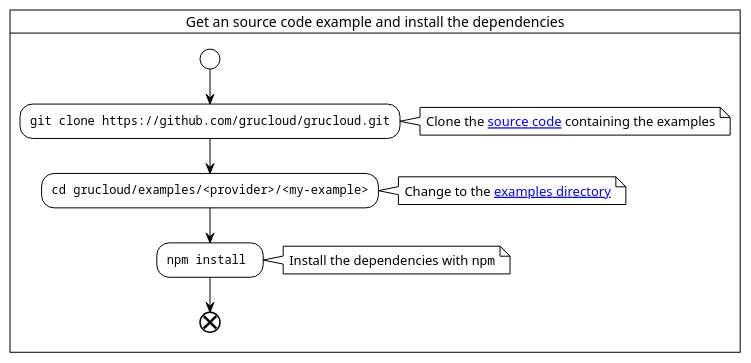
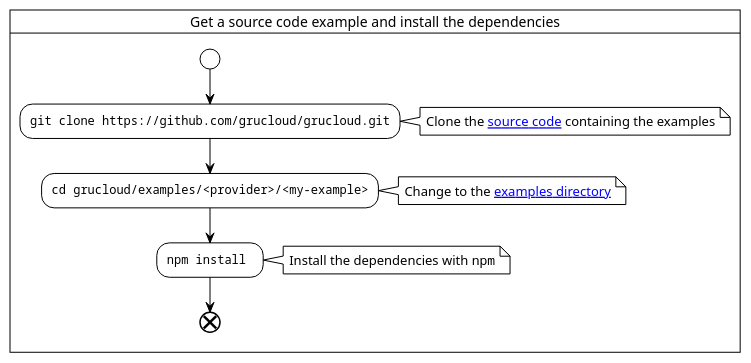
The diagram in docusaurus/plantuml/grucloud-project-setup.puml (grucloud/grucloud), drawn with PlantUML before and after one commit. The commit also changed 4 other files, not shown here.

Commit message:
add activity diagram to gcp htts website

```diff
--- a/docusaurus/plantuml/grucloud-project-setup.puml
+++ b/docusaurus/plantuml/grucloud-project-setup.puml
@@ -1,23 +1,23 @@
 @startuml grucloud-project-setup
 !theme plain
 skinparam svgLinkTarget _blank
 
-card "Get an source code example and install the dependencies" {
+card "Get a source code example and install the dependencies" {
 start 
 
 :""git clone https://github.com/grucloud/grucloud.git"";
 note right
 Clone the [[https://github.com/grucloud/grucloud source code]] containing the examples
 end note
 :""cd grucloud/examples/<provider>/<my-example>"";
 note right
 Change to the [[https://github.com/grucloud/grucloud/tree/main/examples examples directory]]
 end note
 :""npm install "";
 note right
 Install the dependencies with ""npm""
 end note
 end
 }
 
 @enduml
```
